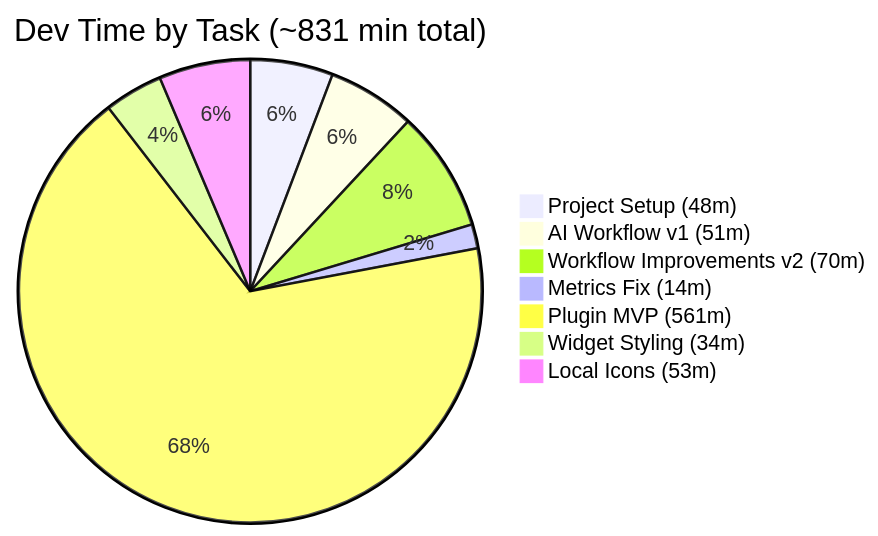
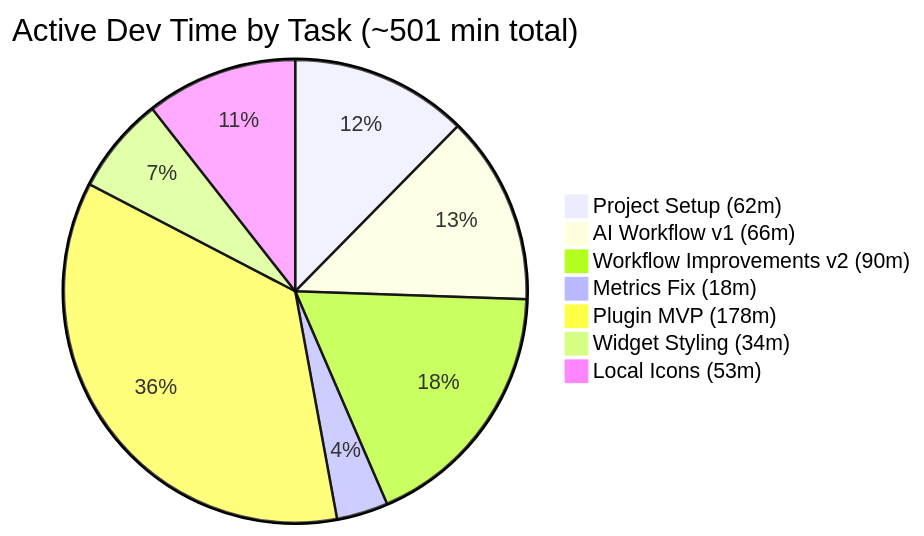
Before and after one commit to atlantdak/claude-code-hackathon-xbo-market-kit: the first of 7 diagrams in README.md, drawn with Mermaid. The commit also changed other lines of this file, not shown here.

First line of the commit message:
docs: switch README metrics from wall clock to active session time

````diff
--- a/README.md
+++ b/README.md
@@ -57,10 +57,10 @@
 ```mermaid
-pie title Dev Time by Task (~831 min total)
-    "Project Setup (48m)" : 48
-    "AI Workflow v1 (51m)" : 51
-    "Workflow Improvements v2 (70m)" : 70
-    "Metrics Fix (14m)" : 14
-    "Plugin MVP (561m)" : 561
+pie title Active Dev Time by Task (~501 min total)
+    "Project Setup (62m)" : 62
+    "AI Workflow v1 (66m)" : 66
+    "Workflow Improvements v2 (90m)" : 90
+    "Metrics Fix (18m)" : 18
+    "Plugin MVP (178m)" : 178
     "Widget Styling (34m)" : 34
     "Local Icons (53m)" : 53
 ```
````
